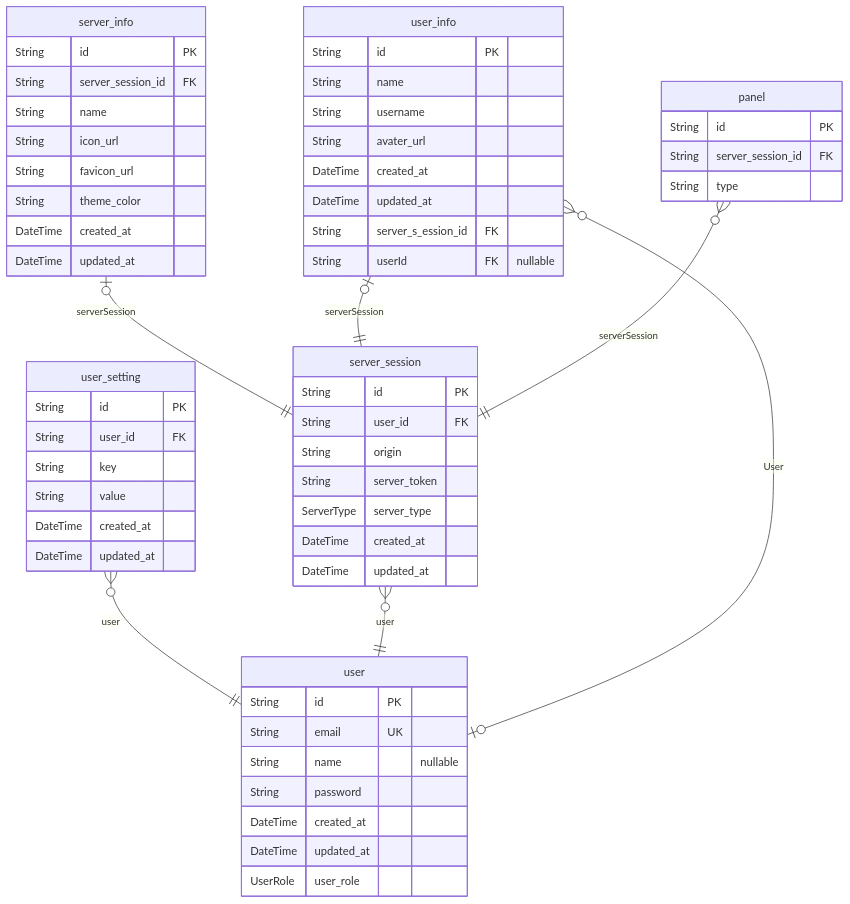
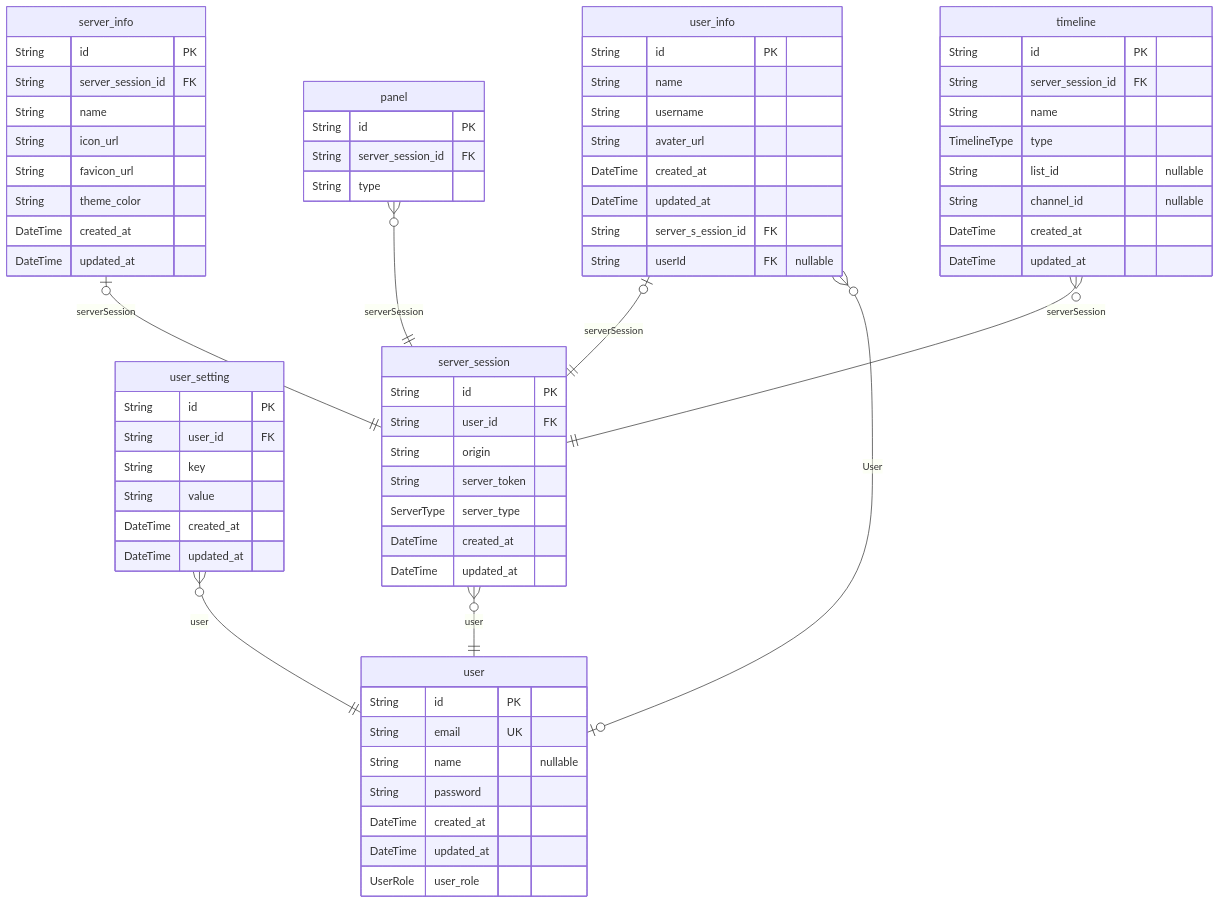
Before and after one commit to mochi-sann/mi-deck: the diagram in apps/server/prisma/ERD.md, drawn with Mermaid. The commit also changed other lines of this file and 7 other files, not shown here.

Commit message:
feat: Add support for configurable timelines

````diff
--- a/apps/server/prisma/ERD.md
+++ b/apps/server/prisma/ERD.md
@@ -7,60 +7,71 @@
 ```mermaid
 erDiagram
 "user" {
   String id PK
   String email UK
   String name "nullable"
   String password
   DateTime created_at
   DateTime updated_at
   UserRole user_role
 }
 "user_setting" {
   String id PK
   String user_id FK
   String key
   String value
   DateTime created_at
   DateTime updated_at
 }
 "server_session" {
   String id PK
   String user_id FK
   String origin
   String server_token
   ServerType server_type
   DateTime created_at
   DateTime updated_at
 }
 "server_info" {
   String id PK
   String server_session_id FK
   String name
   String icon_url
   String favicon_url
   String theme_color
   DateTime created_at
   DateTime updated_at
 }
 "user_info" {
   String id PK
   String name
   String username
   String avater_url
   DateTime created_at
   DateTime updated_at
   String server_s_ession_id FK
   String userId FK "nullable"
 }
 "panel" {
   String id PK
   String server_session_id FK
   String type
 }
+"timeline" {
+  String id PK
+  String server_session_id FK
+  String name
+  TimelineType type
+  String list_id "nullable"
+  String channel_id "nullable"
+  DateTime created_at
+  DateTime updated_at
+}
 "user_setting" }o--|| "user" : user
 "server_session" }o--|| "user" : user
 "server_info" |o--|| "server_session" : serverSession
 "user_info" |o--|| "server_session" : serverSession
 "user_info" }o--o| "user" : User
 "panel" }o--|| "server_session" : serverSession
+"timeline" }o--|| "server_session" : serverSession
 ```
````
